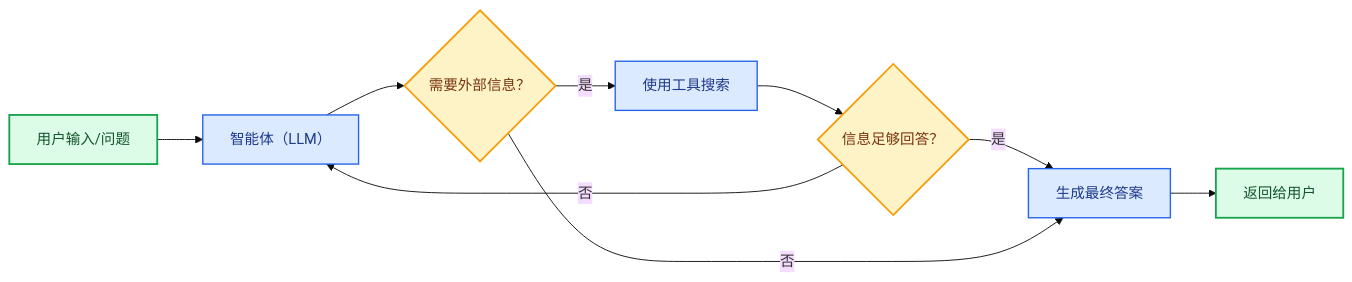
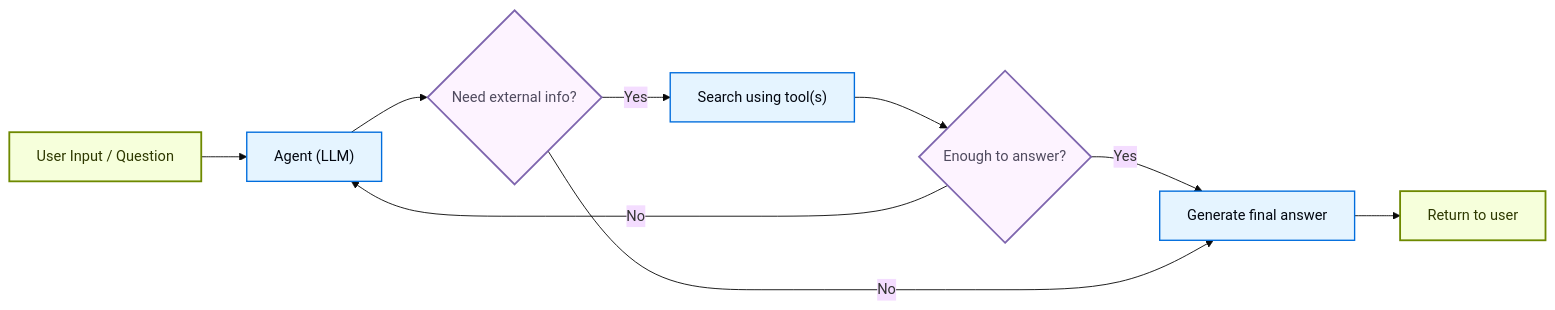
The third of 4 diagrams in oss/python/langchain/retrieval.mdx (kunfan96/cndocs-langchain), drawn with Mermaid (base theme) before and after one commit. The commit also changed other lines of this file and 2538 other files, not shown here.

````diff
--- a/oss/python/langchain/retrieval.mdx
+++ b/oss/python/langchain/retrieval.mdx
@@ -177,20 +178,20 @@
 ```mermaid
 graph LR
-    A[用户输入/问题] --> B["智能体（LLM）"]
-    B --> C{需要外部信息？}
-    C -- 是 --> D["使用工具搜索"]
-    D --> H{信息足够回答？}
-    H -- 否 --> B
-    H -- 是 --> I[生成最终答案]
-    C -- 否 --> I
-    I --> J[返回给用户]
+    A[User Input / Question] --> B["Agent (LLM)"]
+    B --> C{Need external info?}
+    C -- Yes --> D["Search using tool(s)"]
+    D --> H{Enough to answer?}
+    H -- No --> B
+    H -- Yes --> I[Generate final answer]
+    C -- No --> I
+    I --> J[Return to user]
 
-    %% 深色模式友好的样式
-    classDef startend fill:#DCFCE7,stroke:#16A34A,stroke-width:2px,color:#14532D
-    classDef decision fill:#FEF3C7,stroke:#F59E0B,stroke-width:2px,color:#78350F
-    classDef process fill:#DBEAFE,stroke:#2563EB,stroke-width:1.5px,color:#1E3A8A
+    %% Dark-mode friendly styling
+    classDef startend fill:#F6FFDB,stroke:#6E8900,stroke-width:2px,color:#2E3900
+    classDef decision fill:#FDF3FF,stroke:#7E65AE,stroke-width:2px,color:#504B5F
+    classDef process fill:#E5F4FF,stroke:#006DDD,stroke-width:1.5px,color:#030710
 
     class A,J startend
     class B,D,I process
     class C,H decision
 ```
````
